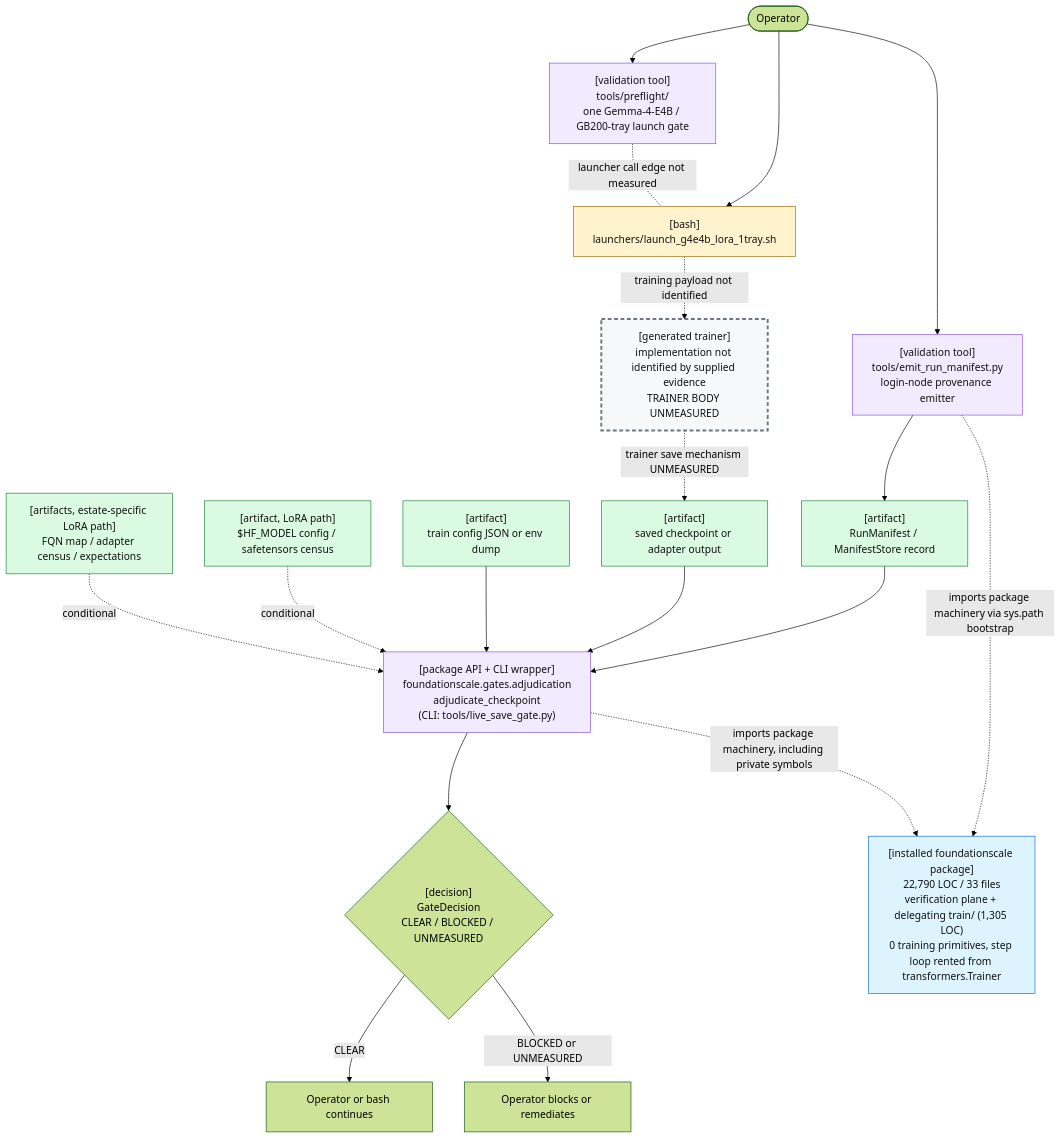
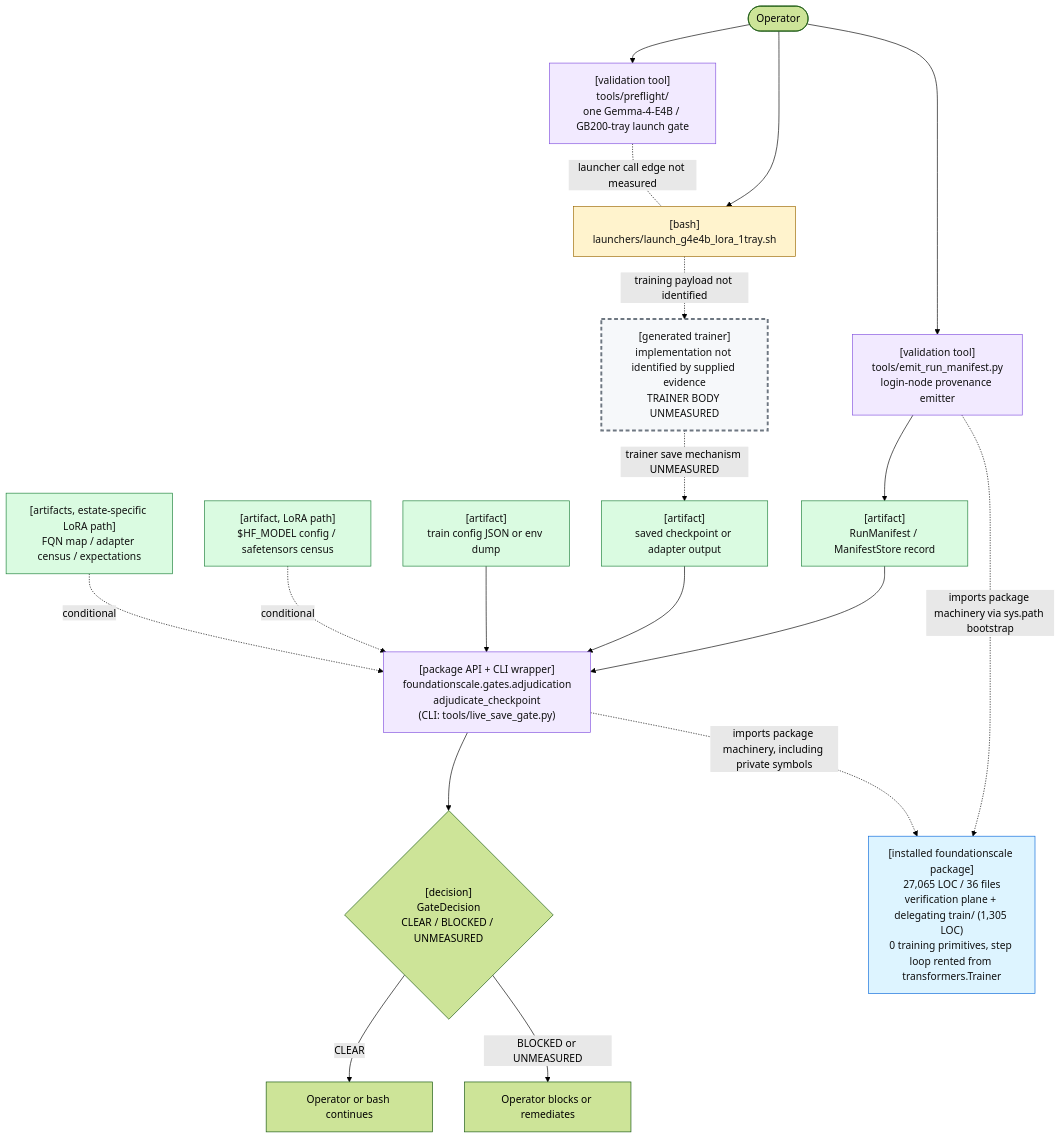
The first of 2 diagrams in docs/review/D2_current_architecture.md (TranNhiem/FoundationScale), drawn with Mermaid (forest theme) before and after one commit. The commit also changed other lines of this file and 13 other files, not shown here.

````diff
--- a/docs/review/D2_current_architecture.md
+++ b/docs/review/D2_current_architecture.md
@@ -25,59 +25,59 @@
 ```mermaid
 flowchart TB
   O(["Operator"])
 
   PF["[validation tool]<br/>tools/preflight/<br/>one Gemma-4-E4B / GB200-tray launch gate"]
   L["[bash]<br/>launchers/launch_g4e4b_lora_1tray.sh"]
 
   E["[validation tool]<br/>tools/emit_run_manifest.py<br/>login-node provenance emitter"]
   M["[artifact]<br/>RunManifest / ManifestStore record"]
 
   T["[generated trainer]<br/>implementation not identified by supplied evidence<br/>TRAINER BODY UNMEASURED"]
   C["[artifact]<br/>saved checkpoint or adapter output"]
 
   G["[package API + CLI wrapper]<br/>foundationscale.gates.adjudication<br/>adjudicate_checkpoint<br/>(CLI: tools/live_save_gate.py)"]
   CFG["[artifact]<br/>train config JSON or env dump"]
   BASE["[artifact, LoRA path]<br/>$HF_MODEL config / safetensors census"]
   CEN["[artifacts, estate-specific LoRA path]<br/>FQN map / adapter census / expectations"]
 
   D{"[decision]<br/>GateDecision<br/>CLEAR / BLOCKED / UNMEASURED"}
   OK["Operator or bash continues"]
   NO["Operator blocks or remediates"]
 
-  PKG["[installed foundationscale package]<br/>22,790 LOC / 33 files<br/>verification plane + delegating train/ (1,305 LOC)<br/>0 training primitives, step loop rented from transformers.Trainer"]
+  PKG["[installed foundationscale package]<br/>27,065 LOC / 36 files<br/>verification plane + delegating train/ (1,305 LOC)<br/>0 training primitives, step loop rented from transformers.Trainer"]
 
   O --> PF
   O --> L
   PF -. "launcher call edge not measured" .- L
 
   O --> E
   E --> M
 
   L -. "training payload not identified" .-> T
   T -. "trainer save mechanism UNMEASURED" .-> C
 
   M --> G
   C --> G
   CFG --> G
   BASE -. "conditional" .-> G
   CEN -. "conditional" .-> G
 
   E -. "imports package machinery via sys.path bootstrap" .-> PKG
   G -. "imports package machinery, including private symbols" .-> PKG
 
   G --> D
   D -->|"CLEAR"| OK
   D -->|"BLOCKED or UNMEASURED"| NO
 
   classDef bash fill:#fff3cd,stroke:#9a6700,color:#111;
   classDef tool fill:#f2eaff,stroke:#8250df,color:#111;
   classDef artifact fill:#dafbe1,stroke:#1a7f37,color:#111;
   classDef gap fill:#f6f8fa,stroke:#6e7781,stroke-width:3px,stroke-dasharray: 6 4,color:#111;
   classDef pkg fill:#ddf4ff,stroke:#0969da,color:#111;
 
   class L bash;
   class PF,E,G tool;
   class M,C,CFG,BASE,CEN artifact;
   class T gap;
   class PKG pkg;
 ```
````
